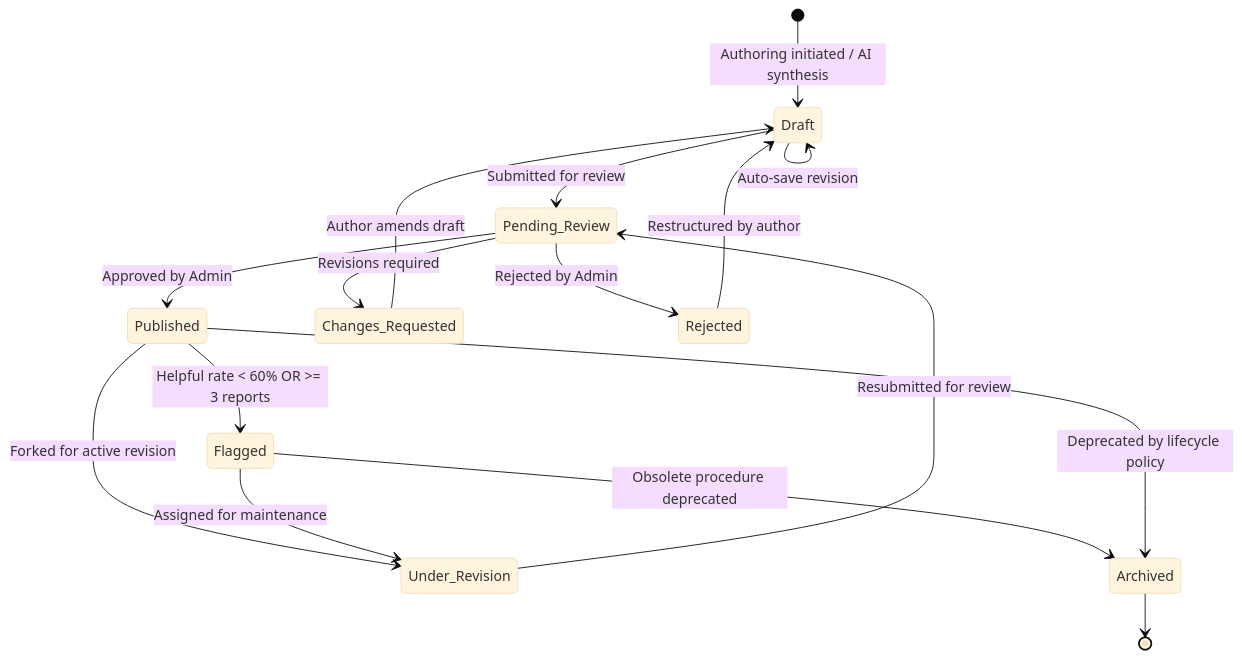
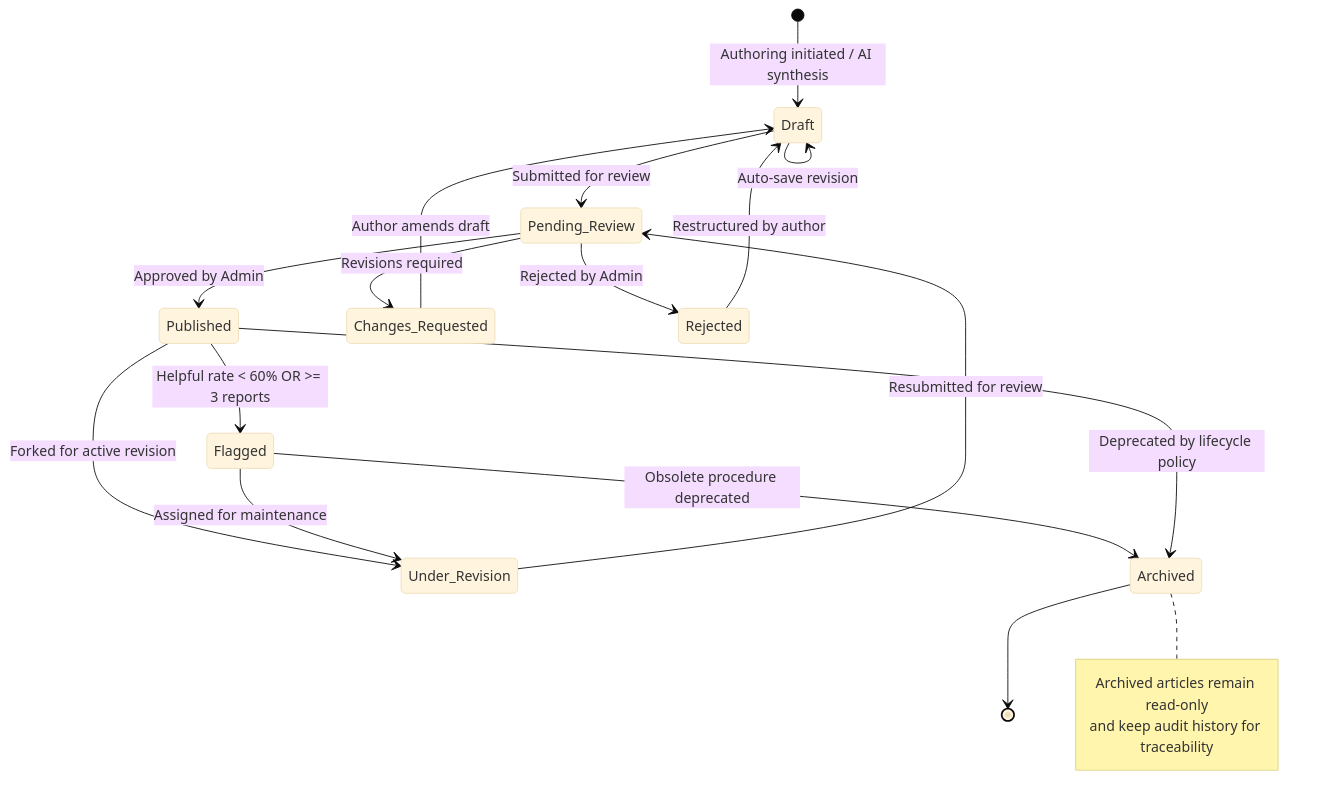
Before and after one commit to Akaza-ban/Fable: the first of 3 diagrams in docs/f06-knowledge-base/04-information-architecture.md, drawn with Mermaid (base theme). The commit also changed other lines of this file and 4 other files, not shown here.

Commit message:
docs(f06): finalize knowledge base mindmap, user stories, use cases, and IA

````diff
--- a/docs/f06-knowledge-base/04-information-architecture.md
+++ b/docs/f06-knowledge-base/04-information-architecture.md
@@ -55,23 +55,28 @@
 ```mermaid
 stateDiagram-v2
     [*] --> Draft : Authoring initiated / AI synthesis
     Draft --> Draft : Auto-save revision
     Draft --> Pending_Review : Submitted for review
 
     Pending_Review --> Published : Approved by Admin
     Pending_Review --> Changes_Requested : Revisions required
     Pending_Review --> Rejected : Rejected by Admin
 
     Changes_Requested --> Draft : Author amends draft
     Rejected --> Draft : Restructured by author
 
     Published --> Under_Revision : Forked for active revision
     Under_Revision --> Pending_Review : Resubmitted for review
 
     Published --> Flagged : Helpful rate < 60% OR >= 3 reports
     Flagged --> Under_Revision : Assigned for maintenance
     Flagged --> Archived : Obsolete procedure deprecated
 
     Published --> Archived : Deprecated by lifecycle policy
     Archived --> [*]
+
+    note right of Archived
+        Archived articles remain read-only
+        and keep audit history for traceability
+    end note
 ```
````
